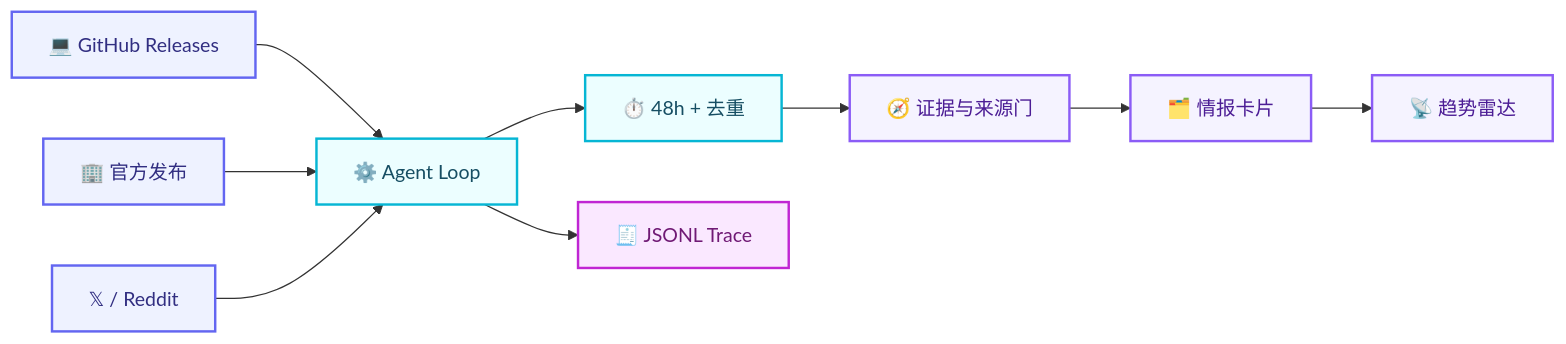
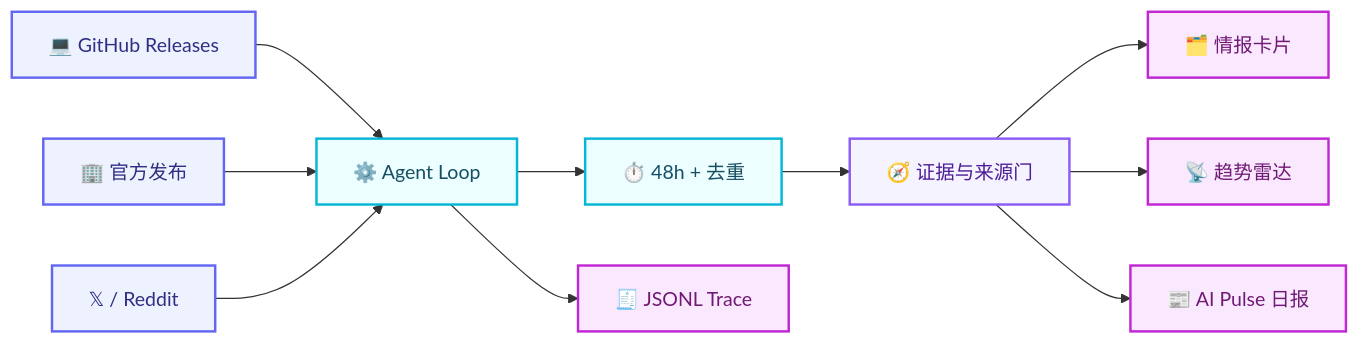
Before and after one commit to jj1292/AI-Intelligence-Radar: the diagram in README.md, drawn with Mermaid. The commit also changed other lines of this file and 29 other files, not shown here.

````diff
--- a/README.md
+++ b/README.md
@@ -102,20 +102,21 @@
 ```mermaid
 flowchart LR
     A["💻 GitHub Releases"] --> E["⚙️ Agent Loop"]
     B["🏢 官方发布"] --> E
     C["𝕏 / Reddit"] --> E
     E --> F["⏱️ 48h + 去重"]
     F --> G["🧭 证据与来源门"]
     G --> H["🗂️ 情报卡片"]
-    H --> I["📡 趋势雷达"]
+    G --> I["📡 趋势雷达"]
+    G --> J["📰 AI Pulse 日报"]
     E --> T["🧾 JSONL Trace"]
 
     classDef source fill:#EEF2FF,stroke:#6366F1,color:#312E81,stroke-width:2px;
     classDef process fill:#ECFEFF,stroke:#06B6D4,color:#164E63,stroke-width:2px;
     classDef insight fill:#F5F3FF,stroke:#8B5CF6,color:#4C1D95,stroke-width:2px;
     classDef output fill:#FAE8FF,stroke:#C026D3,color:#701A75,stroke-width:2px;
     class A,B,C source;
     class E,F process;
-    class G,H,I insight;
-    class T output;
+    class G insight;
+    class H,I,J,T output;
 ```
````
